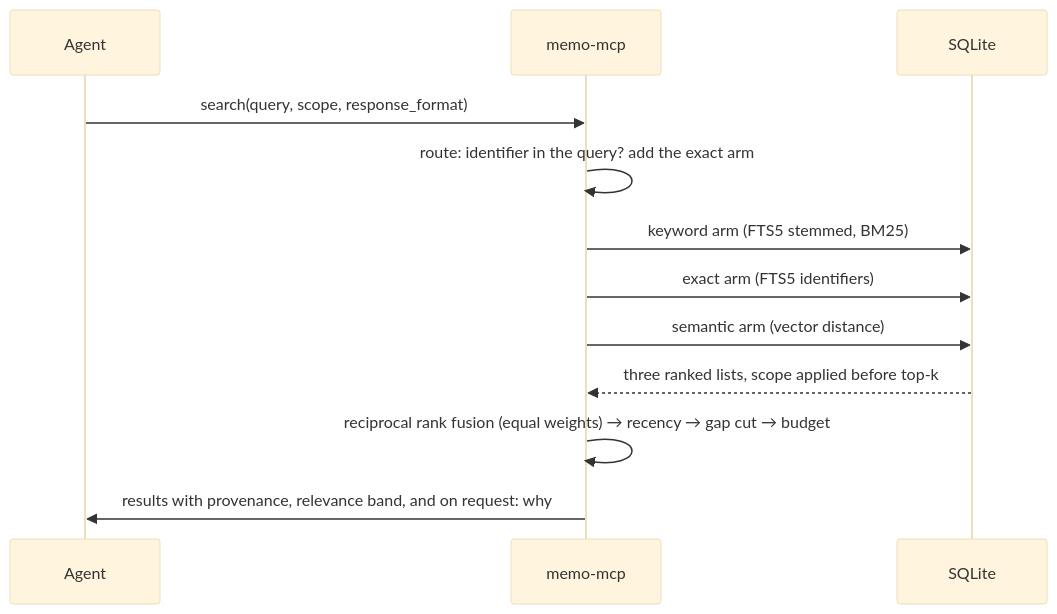
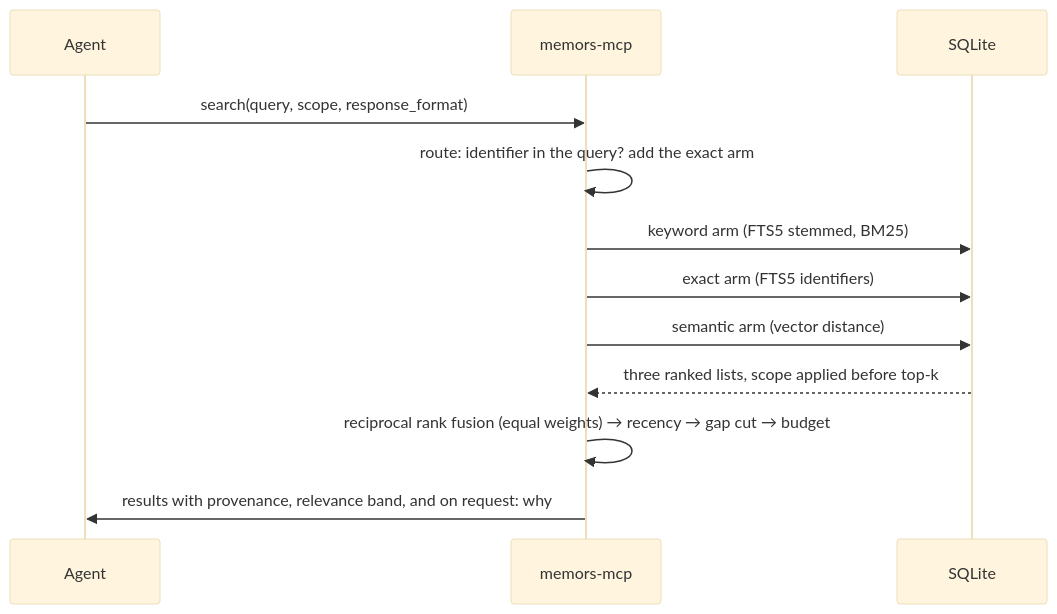
The fifth of 6 diagrams in slides.md (kKEo/memory-find), drawn with Mermaid (base theme) before and after one commit. The commit also changed other lines of this file and 216 other files, not shown here.

````diff
--- a/slides.md
+++ b/slides.md
@@ -258,15 +258,15 @@
 ```mermaid
 sequenceDiagram
     participant C as Agent
-    participant S as memo-mcp
+    participant S as memors-mcp
     participant DB as SQLite
 
     C->>S: search(query, scope, response_format)
     S->>S: route: identifier in the query? add the exact arm
     S->>DB: keyword arm (FTS5 stemmed, BM25)
     S->>DB: exact arm (FTS5 identifiers)
     S->>DB: semantic arm (vector distance)
     DB-->>S: three ranked lists, scope applied before top-k
     S->>S: reciprocal rank fusion (equal weights) → recency → gap cut → budget
     S->>C: results with provenance, relevance band, and on request: why
 ```
````
